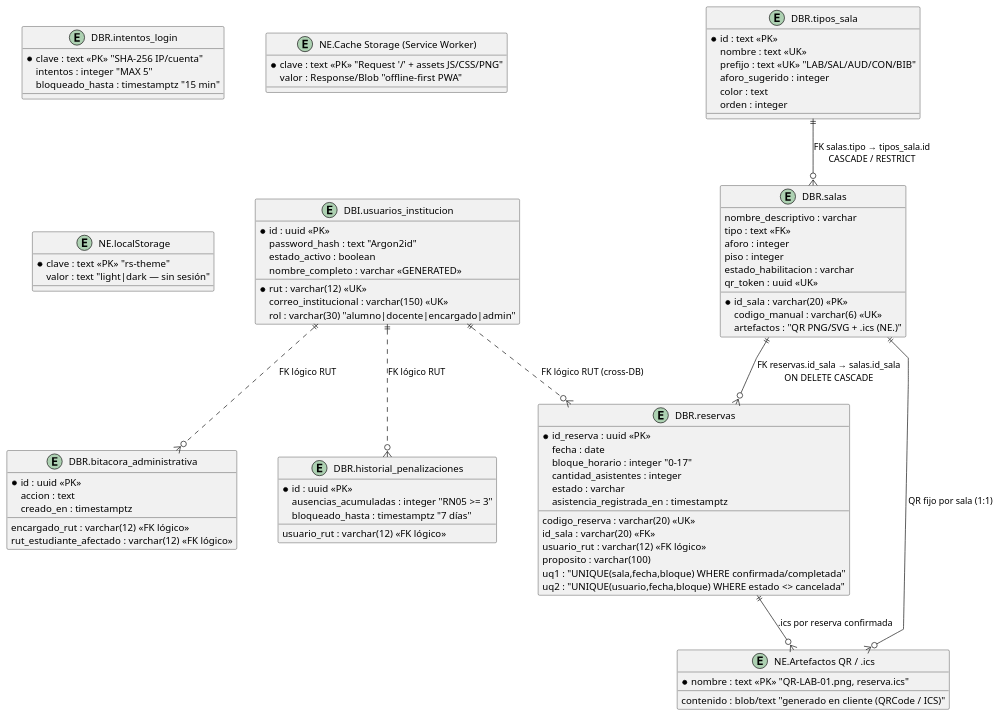
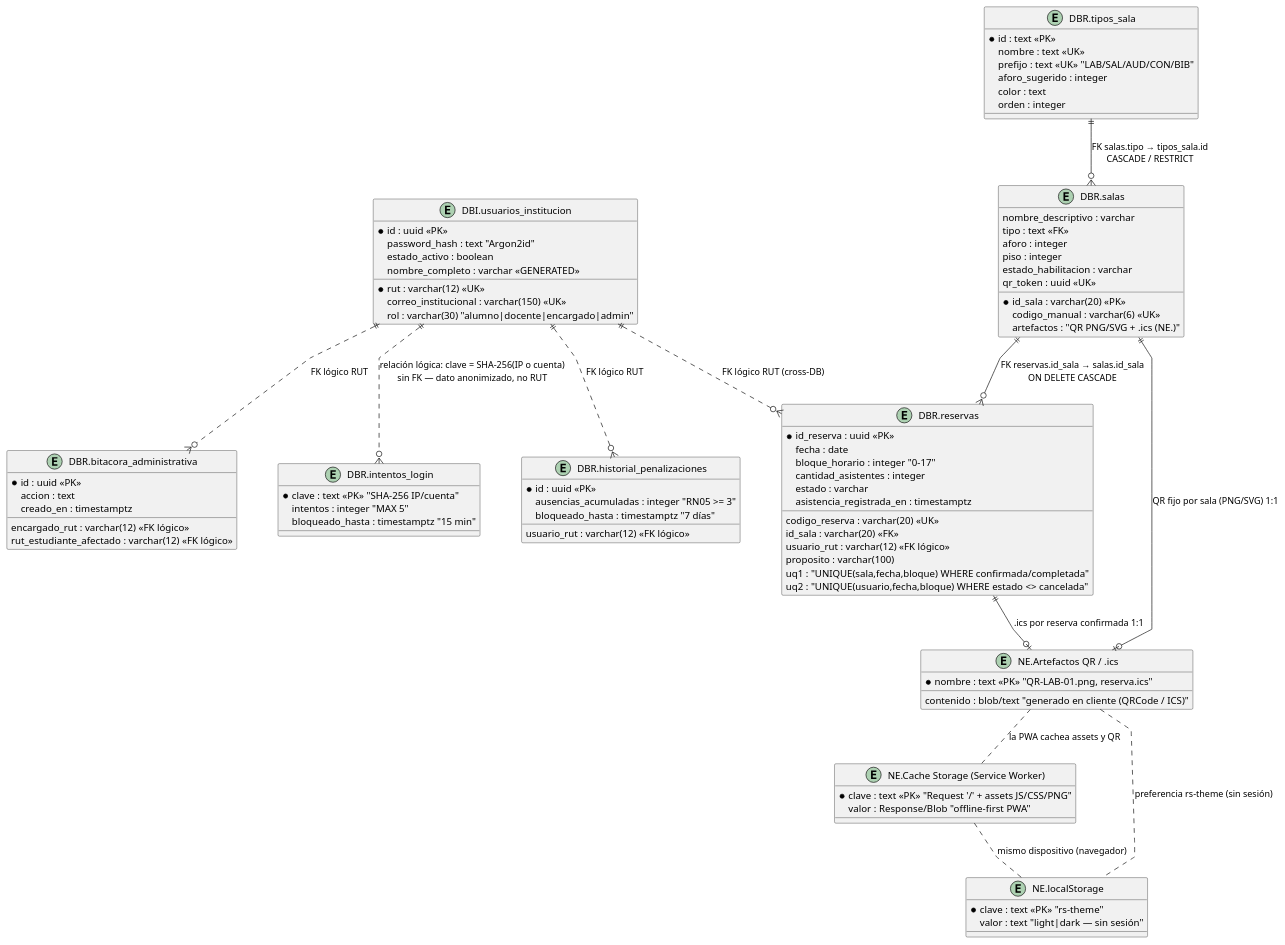
One commit to SPSolutionsOneaOne/SistemaReservas changed the diagram in docs/er-modelo-datos.puml. Above: the diagram before and after it, drawn with PlantUML. The commit also changed 1 other file, not shown here.

Commit message:
docs: ERD conecta intentos_login y stores NE con relaciones logicas

```diff
--- a/docs/er-modelo-datos.puml
+++ b/docs/er-modelo-datos.puml
@@ -1,113 +1,117 @@
 @startuml Modelo Entidad-Relacion - Sistema de Reservas
 ' ============================================================
 ' INACAP — Modelo Entidad-Relación (DER) — versión final legible
 ' 2.1.4.8 integridad referencial (PK/FK/UK)
 ' 2.1.4.9 estructuradas + no estructuradas con ejemplos
 ' Prefijos: DBI. = DB-Institucional | DBR. = DB-Reservas | NE. = no estructurado
 ' ============================================================
 
 skinparam defaultFontName Arial
 skinparam roundCorner 4
 skinparam shadowing false
 skinparam linetype polyline
 skinparam nodesep 60
 skinparam ranksep 60
 skinparam entity {
   BackgroundColor #FFFFFF
   BorderColor #2B7A9E
   FontColor #1F2937
   FontSize 9
 }
 
 entity "DBI.usuarios_institucion" as USUARIO {
   * id : uuid <<PK>>
   * rut : varchar(12) <<UK>>
   correo_institucional : varchar(150) <<UK>>
   password_hash : text "Argon2id"
   rol : varchar(30) "alumno|docente|encargado|admin"
   estado_activo : boolean
   nombre_completo : varchar <<GENERATED>>
 }
 
 entity "DBR.tipos_sala" as TIPO {
   * id : text <<PK>>
   nombre : text <<UK>>
   prefijo : text <<UK>> "LAB/SAL/AUD/CON/BIB"
   aforo_sugerido : integer
   color : text
   orden : integer
 }
 
 entity "DBR.salas" as SALA {
   * id_sala : varchar(20) <<PK>>
   nombre_descriptivo : varchar
   tipo : text <<FK>>
   aforo : integer
   piso : integer
   estado_habilitacion : varchar
   qr_token : uuid <<UK>>
   codigo_manual : varchar(6) <<UK>>
   artefactos : "QR PNG/SVG + .ics (NE.)"
 }
 
 entity "DBR.reservas" as RESERVA {
   * id_reserva : uuid <<PK>>
   codigo_reserva : varchar(20) <<UK>>
   id_sala : varchar(20) <<FK>>
   usuario_rut : varchar(12) <<FK lógico>>
   fecha : date
   bloque_horario : integer "0-17"
   cantidad_asistentes : integer
   proposito : varchar(100)
   estado : varchar
   asistencia_registrada_en : timestamptz
   uq1 : "UNIQUE(sala,fecha,bloque) WHERE confirmada/completada"
   uq2 : "UNIQUE(usuario,fecha,bloque) WHERE estado <> cancelada"
 }
 
 entity "DBR.historial_penalizaciones" as PENAL {
   * id : uuid <<PK>>
   usuario_rut : varchar(12) <<FK lógico>>
   ausencias_acumuladas : integer "RN05 >= 3"
   bloqueado_hasta : timestamptz "7 días"
 }
 
 entity "DBR.bitacora_administrativa" as BITACORA {
   * id : uuid <<PK>>
   encargado_rut : varchar(12) <<FK lógico>>
   accion : text
   rut_estudiante_afectado : varchar(12) <<FK lógico>>
   creado_en : timestamptz
 }
 
 entity "DBR.intentos_login" as INTENTOS {
   * clave : text <<PK>> "SHA-256 IP/cuenta"
   intentos : integer "MAX 5"
   bloqueado_hasta : timestamptz "15 min"
 }
 
 entity "NE.Cache Storage (Service Worker)" as CACHE {
   * clave : text <<PK>> "Request '/' + assets JS/CSS/PNG"
   valor : Response/Blob "offline-first PWA"
 }
 
 entity "NE.localStorage" as LS {
   * clave : text <<PK>> "rs-theme"
   valor : text "light|dark — sin sesión"
 }
 
 entity "NE.Artefactos QR / .ics" as ARCHIVOS {
   * nombre : text <<PK>> "QR-LAB-01.png, reserva.ics"
   contenido : blob/text "generado en cliente (QRCode / ICS)"
 }
 
 ' ---- Integridad referencial ----
 TIPO     ||--o{ SALA     : "FK salas.tipo → tipos_sala.id\nCASCADE / RESTRICT"
 SALA     ||--o{ RESERVA  : "FK reservas.id_sala → salas.id_sala\nON DELETE CASCADE"
 USUARIO  ||..o{ RESERVA  : "FK lógico RUT (cross-DB)"
 USUARIO  ||..o{ PENAL    : "FK lógico RUT"
 USUARIO  ||..o{ BITACORA : "FK lógico RUT"
-SALA     ||--o{ ARCHIVOS : "QR fijo por sala (1:1)"
-RESERVA  ||--o{ ARCHIVOS : ".ics por reserva confirmada"
+SALA     ||--o| ARCHIVOS : "QR fijo por sala (PNG/SVG) 1:1"
+RESERVA  ||--o| ARCHIVOS : ".ics por reserva confirmada 1:1"
+USUARIO  ||..o{ INTENTOS : "relación lógica: clave = SHA-256(IP o cuenta)\nsin FK — dato anonimizado, no RUT"
+CACHE    .. LS           : "mismo dispositivo (navegador)"
+ARCHIVOS .. CACHE        : "la PWA cachea assets y QR"
+ARCHIVOS .. LS           : "preferencia rs-theme (sin sesión)"
 
 @enduml
```
